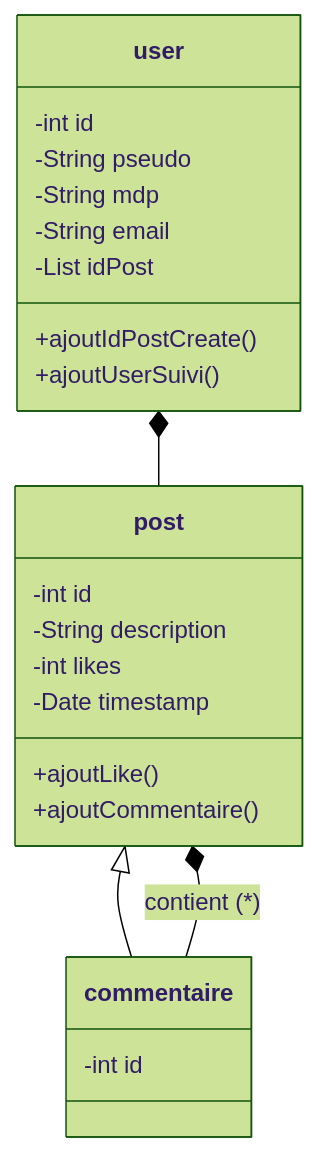
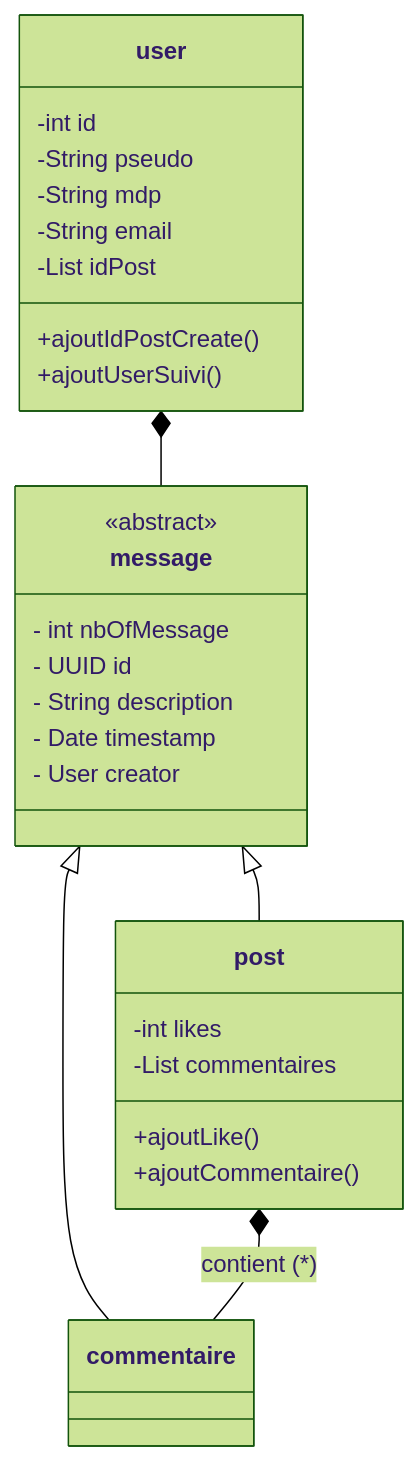
Before and after one commit to Zatigan/miniature_socialMedia: the diagram in README.md, drawn with Mermaid (forest theme).

Commit message:
doc: update class diagram

````diff
--- a/README.md
+++ b/README.md
@@ -3,31 +3,38 @@
 ```mermaid
 classDiagram
 
-post <|-- commentaire
+message <|-- post
+message <|-- commentaire
 post *-- commentaire : contient (*)
-user *-- post
+user *-- message
 
 class user{
 	-int id
 	-String pseudo
 	-String mdp
 	-String email
 	-List<int> idPost
 	+ajoutIdPostCreate()
 	+ajoutUserSuivi()
 }
 
+class message{
+	<<abstract>>
+	- int nbOfMessage
+	- UUID id
+	- String description
+	- Date timestamp
+	- User creator
+}
+
 class post{
-	-int id
-	-String description
 	-int likes
-	-Date timestamp
+	-List<Commentary> commentaires
 	+ajoutLike()
 	+ajoutCommentaire()
 }
 
 class commentaire{
-	-int id
 }
 
 ```
````
